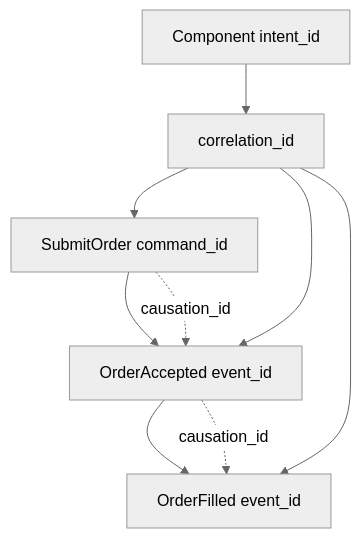
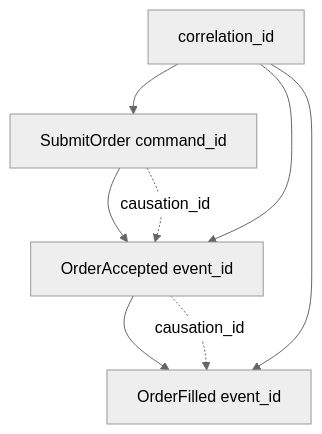
The second of 5 diagrams in docs/concepts/event_sourcing.md (arif-b-khan/nautilus_trader), drawn with Mermaid (neutral theme) before and after one commit. The commit also changed other lines of this file and 1378 other files, not shown here.

````diff
--- a/docs/concepts/event_sourcing.md
+++ b/docs/concepts/event_sourcing.md
@@ -156,11 +169,10 @@
 ```mermaid
 flowchart TD
-    Intent["Component intent_id"] --> Correlation["correlation_id"]
     Command["SubmitOrder command_id"] --> Event["OrderAccepted event_id"]
     Event --> Fill["OrderFilled event_id"]
-    Correlation --> Command
+    Correlation["correlation_id"] --> Command
     Correlation --> Event
     Correlation --> Fill
     Command -. "causation_id" .-> Event
     Event -. "causation_id" .-> Fill
 ```
````
